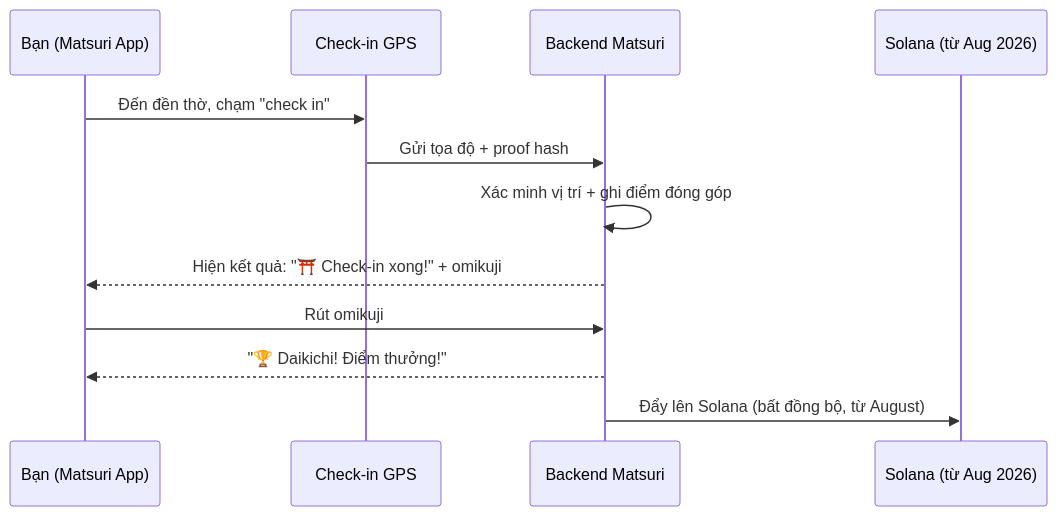
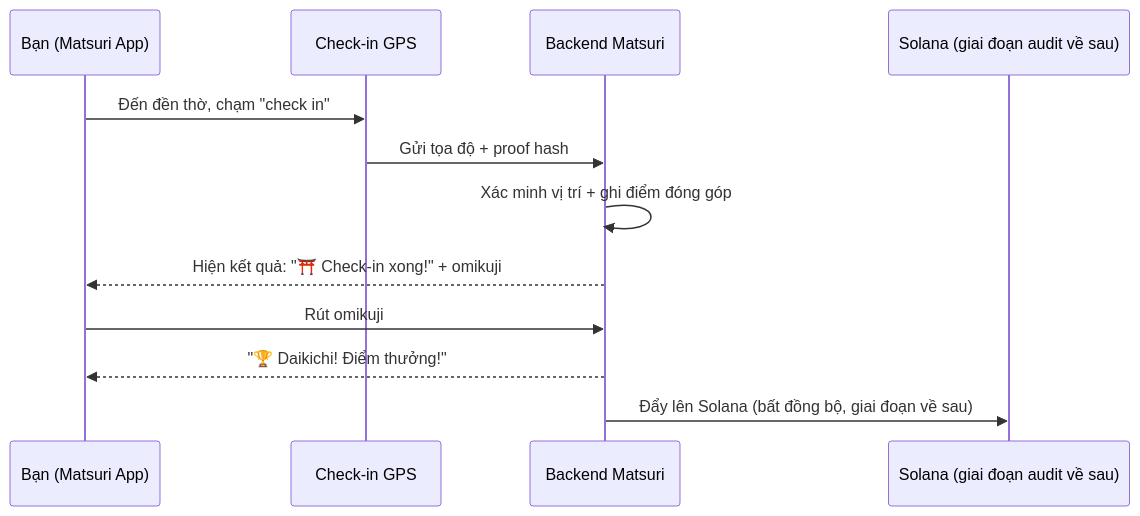
Before and after one commit to Cootakahashi/matsuri-dao-whitepaper: the third of 4 diagrams in i18n/vi/docusaurus-plugin-content-docs/current/04-mining.md, drawn with Mermaid. The commit also changed other lines of this file and 79 other files, not shown here.

First line of the commit message:
docs: re-sequence on-chain roadmap to match the staged Hashlock audit (20 locales)

````diff
--- a/i18n/vi/docusaurus-plugin-content-docs/current/04-mining.md
+++ b/i18n/vi/docusaurus-plugin-content-docs/current/04-mining.md
@@ -109,15 +109,15 @@
 ```mermaid
 sequenceDiagram
     participant U as Bạn (Matsuri App)
     participant GPS as Check-in GPS
     participant API as Backend Matsuri
-    participant SC as Solana (từ Aug 2026)
+    participant SC as Solana (giai đoạn audit về sau)
 
     U->>GPS: Đến đền thờ, chạm "check in"
     GPS->>API: Gửi tọa độ + proof hash
     API->>API: Xác minh vị trí + ghi điểm đóng góp
     API-->>U: Hiện kết quả: "⛩️ Check-in xong!" + omikuji
     U->>API: Rút omikuji
     API-->>U: "🏆 Daikichi! Điểm thưởng!"
-    API->>SC: Đẩy lên Solana (bất đồng bộ, từ August)
+    API->>SC: Đẩy lên Solana (bất đồng bộ, giai đoạn về sau)
 ```
````
